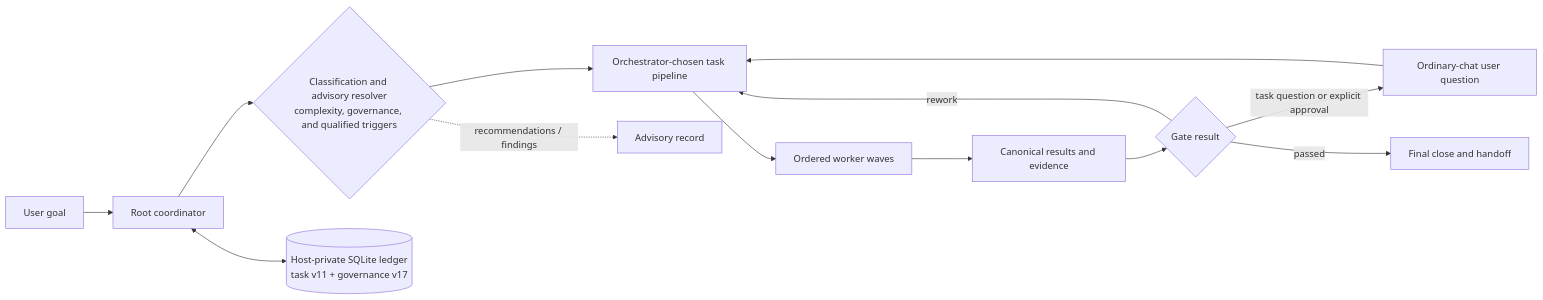
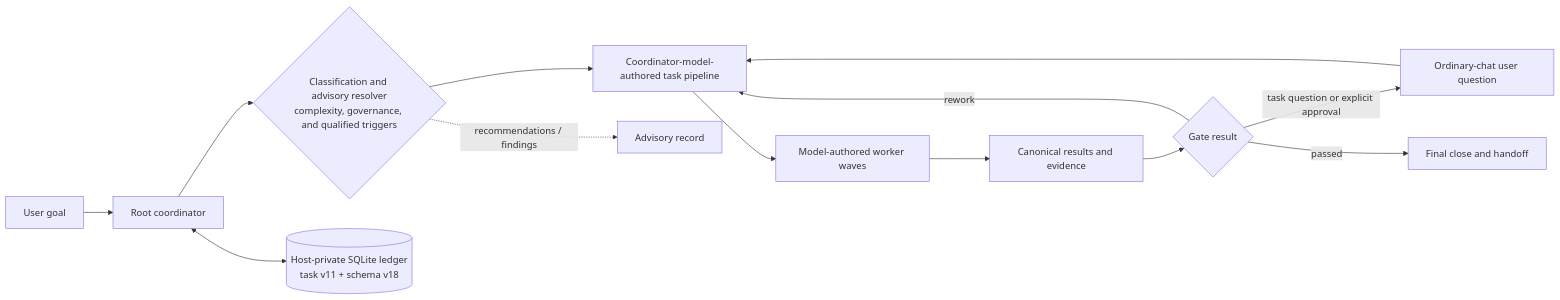
Before and after one commit to igovet/codex-cortex-orchestrator: the diagram in README.md, drawn with Mermaid. The commit also changed other lines of this file and 124 other files, not shown here.

````diff
--- a/README.md
+++ b/README.md
@@ -590,18 +510,18 @@
 ```mermaid
 flowchart LR
     U["User goal"] --> R["Root coordinator"]
     R --> M{"Classification and advisory resolver<br/>complexity, governance, and qualified triggers"}
 
-    M --> P["Orchestrator-chosen task pipeline"]
+    M --> P["Coordinator-model-authored task pipeline"]
     M -. "recommendations / findings" .-> A["Advisory record"]
 
-    P --> W["Ordered worker waves"]
+    P --> W["Model-authored worker waves"]
     W --> B["Canonical results and evidence"]
     B --> G{"Gate result"}
     G -- "rework" --> P
     G -- "task question or explicit approval" --> Q["Ordinary-chat user question"]
     Q --> P
     G -- "passed" --> C["Final close and handoff"]
 
-    R <--> L[("Host-private SQLite ledger<br/>task v11 + governance v17")]
+    R <--> L[("Host-private SQLite ledger<br/>task v11 + schema v18")]
 ```
````
